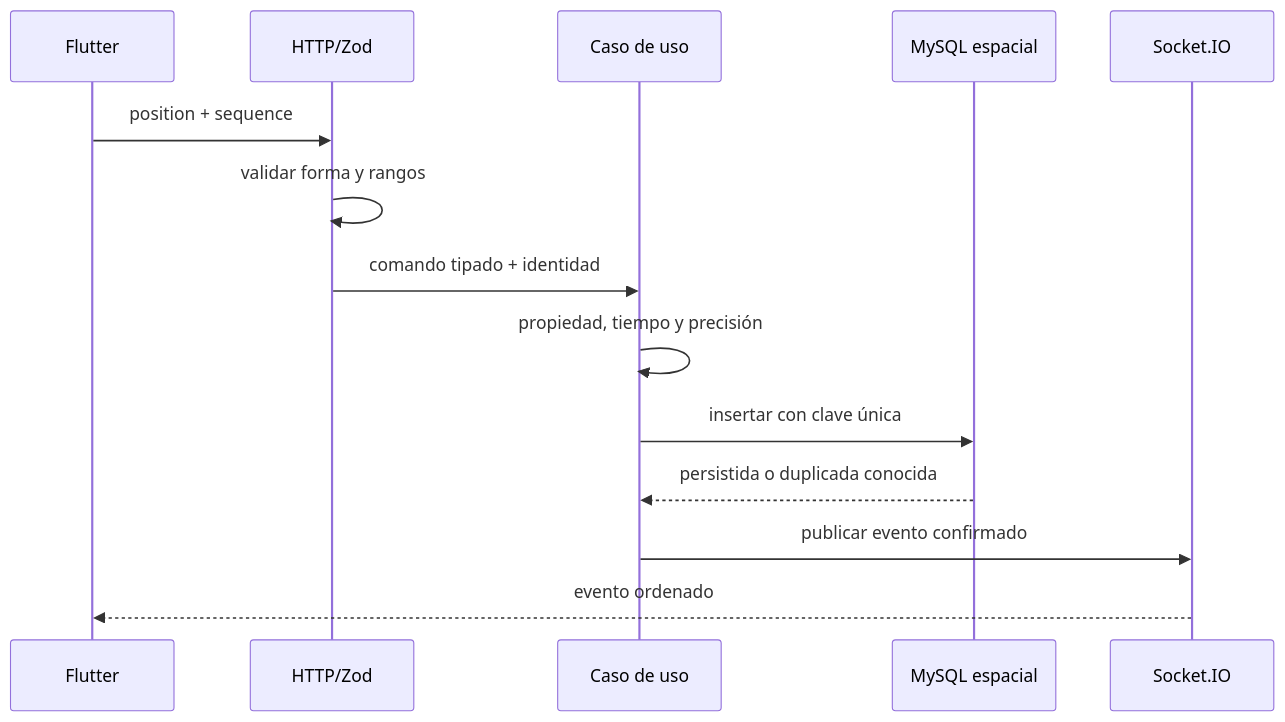
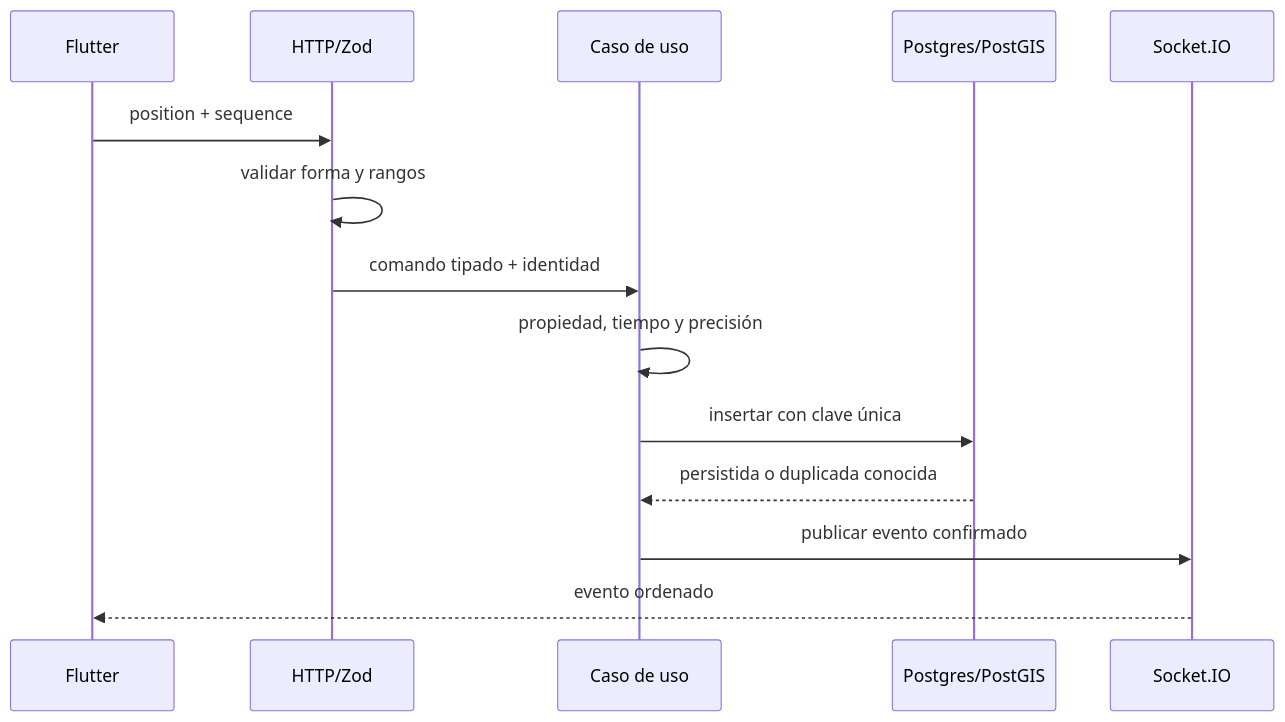
The diagram in web/public/content/node/modulo-12.md (NICORUIZ93/Academia_Floci), drawn with Mermaid before and after one commit. The commit also changed other lines of this file and 63 other files, not shown here.

````diff
--- a/web/public/content/node/modulo-12.md
+++ b/web/public/content/node/modulo-12.md
@@ -435,16 +435,16 @@
 ```mermaid
 sequenceDiagram
   participant F as Flutter
   participant H as HTTP/Zod
   participant U as Caso de uso
-  participant M as MySQL espacial
+  participant M as Postgres/PostGIS
   participant S as Socket.IO
   F->>H: position + sequence
   H->>H: validar forma y rangos
   H->>U: comando tipado + identidad
   U->>U: propiedad, tiempo y precisión
   U->>M: insertar con clave única
   M-->>U: persistida o duplicada conocida
   U->>S: publicar evento confirmado
   S-->>F: evento ordenado
 ```
````
